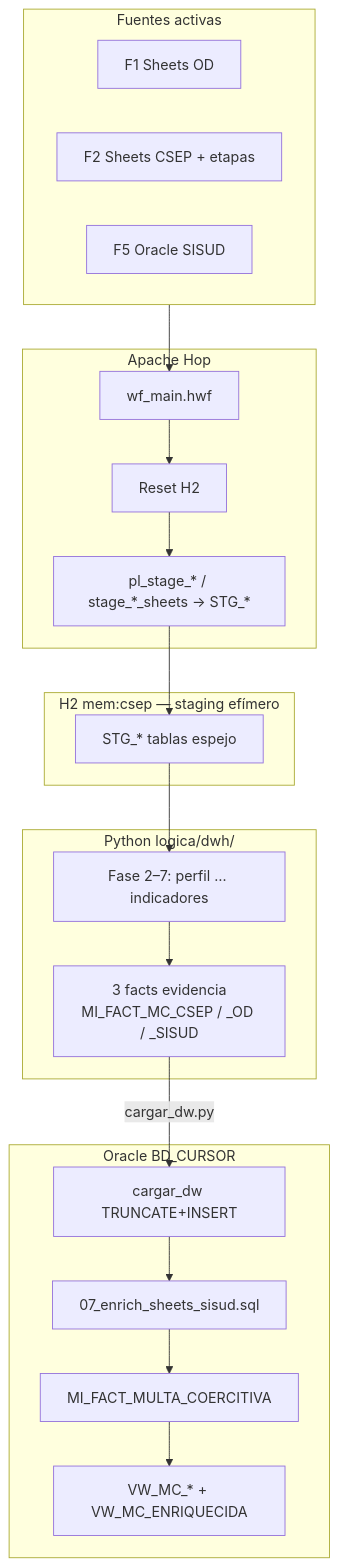
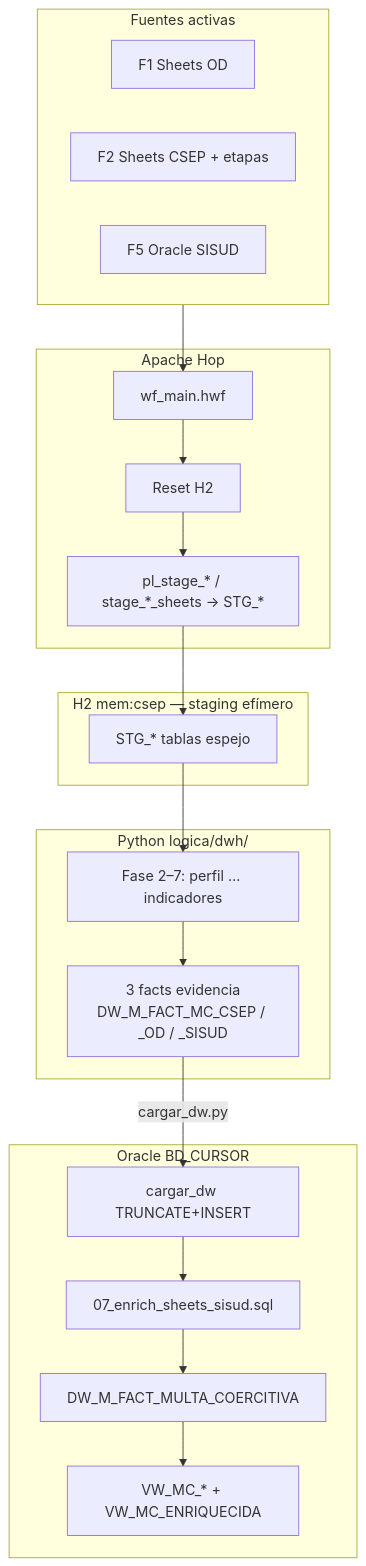
Before and after one commit to nwodevops/multa_informes_etl: the first of 3 diagrams in docs/fases/status.md, drawn with Mermaid. The commit also changed other lines of this file and 67 other files, not shown here.

````diff
--- a/docs/fases/status.md
+++ b/docs/fases/status.md
@@ -12,37 +12,37 @@
 ```mermaid
 flowchart TB
   subgraph fuentes [Fuentes activas]
     F1["F1 Sheets OD"]
     F2["F2 Sheets CSEP + etapas"]
     F5["F5 Oracle SISUD"]
   end
 
   subgraph hop [Apache Hop]
     WF["wf_main.hwf"]
     RESET["Reset H2"]
     STG_LOAD["pl_stage_* / stage_*_sheets → STG_*"]
   end
 
   subgraph h2 [H2 mem:csep — staging efímero]
     STG["STG_* tablas espejo"]
   end
 
   subgraph py [Python logica/dwh/]
     F2b["Fase 2–7: perfil … indicadores"]
-    EV["3 facts evidencia<br/>MI_FACT_MC_CSEP / _OD / _SISUD"]
+    EV["3 facts evidencia<br/>DW_M_FACT_MC_CSEP / _OD / _SISUD"]
   end
 
   subgraph oracle [Oracle BD_CURSOR]
     LOAD["cargar_dw TRUNCATE+INSERT"]
     ENR["07_enrich_sheets_sisud.sql"]
-    FACT["MI_FACT_MULTA_COERCITIVA"]
+    FACT["DW_M_FACT_MULTA_COERCITIVA"]
     VW["VW_MC_* + VW_MC_ENRIQUECIDA"]
   end
 
   fuentes --> WF
   WF --> RESET --> STG_LOAD --> STG
   STG --> F2b --> EV
   EV -->|"cargar_dw.py"| LOAD
   LOAD --> ENR --> FACT
   FACT --> VW
 ```
````
